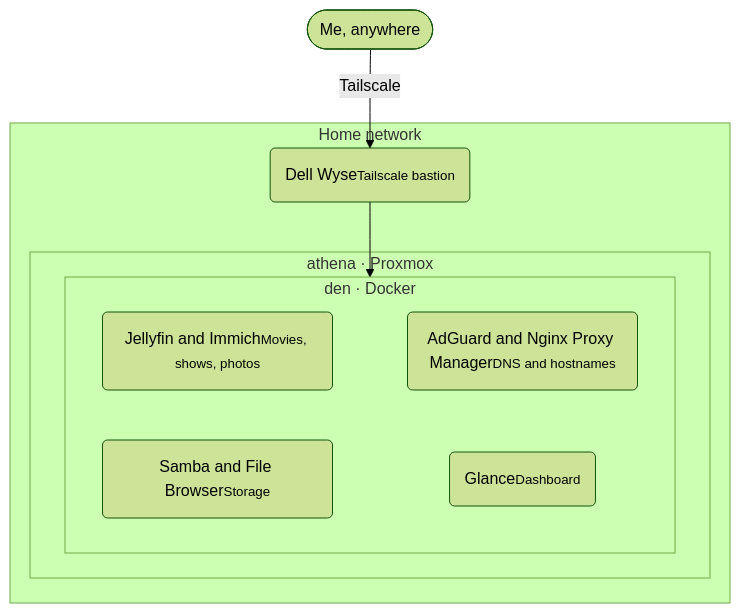
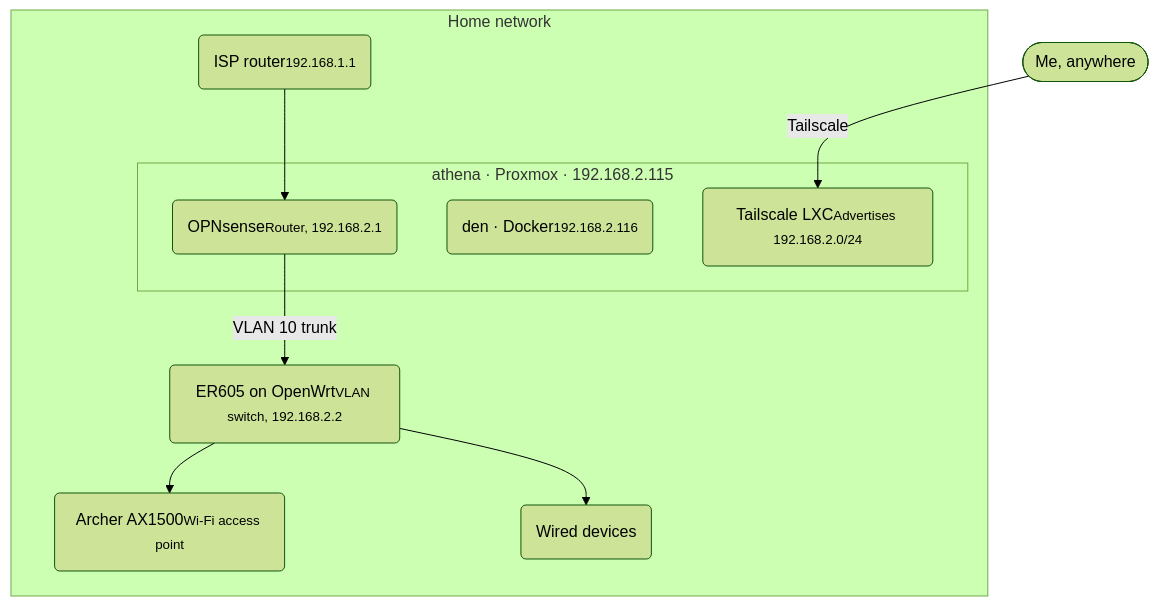
Before and after one commit to CptShad/makersec-posts: the diagram in 2026-09-13-home-lab-setup.md, drawn with Mermaid (forest theme). The commit also changed other lines of this file and 4 other files, not shown here.

````diff
--- a/2026-09-13-home-lab-setup.md
+++ b/2026-09-13-home-lab-setup.md
@@ -22,22 +32,24 @@
 ```mermaid
 flowchart TB
   me(["Me, anywhere"]):::gray
 
   subgraph home["Home network"]
-    wyse("Dell Wyse<small>Tailscale bastion</small>"):::blue
+    isp("ISP router<small>192.168.1.1</small>"):::gray
 
-    subgraph athena["athena · Proxmox"]
-      subgraph den["den · Docker"]
-        media("Jellyfin and Immich<small>Movies, shows, photos</small>"):::pink
-        files("Samba and File Browser<small>Storage</small>"):::yellow
-        net("AdGuard and Nginx Proxy Manager<small>DNS and hostnames</small>"):::green
-        glance("Glance<small>Dashboard</small>"):::purple
-        media ~~~ net
-        files ~~~ glance
-      end
+    subgraph athena["athena · Proxmox · 192.168.2.115"]
+      opn("OPNsense<small>Router, 192.168.2.1</small>"):::green
+      den("den · Docker<small>192.168.2.116</small>"):::pink
+      ts("Tailscale LXC<small>Advertises 192.168.2.0/24</small>"):::blue
     end
+
+    er("ER605 on OpenWrt<small>VLAN switch, 192.168.2.2</small>"):::yellow
+    ap("Archer AX1500<small>Wi-Fi access point</small>"):::purple
+    wired("Wired devices"):::gray
   end
 
-  me -- Tailscale --> wyse
-  wyse --> den
+  isp --> opn
+  opn -- "VLAN 10 trunk" --> er
+  er --> ap
+  er --> wired
+  me -- Tailscale --> ts
 ```
````
